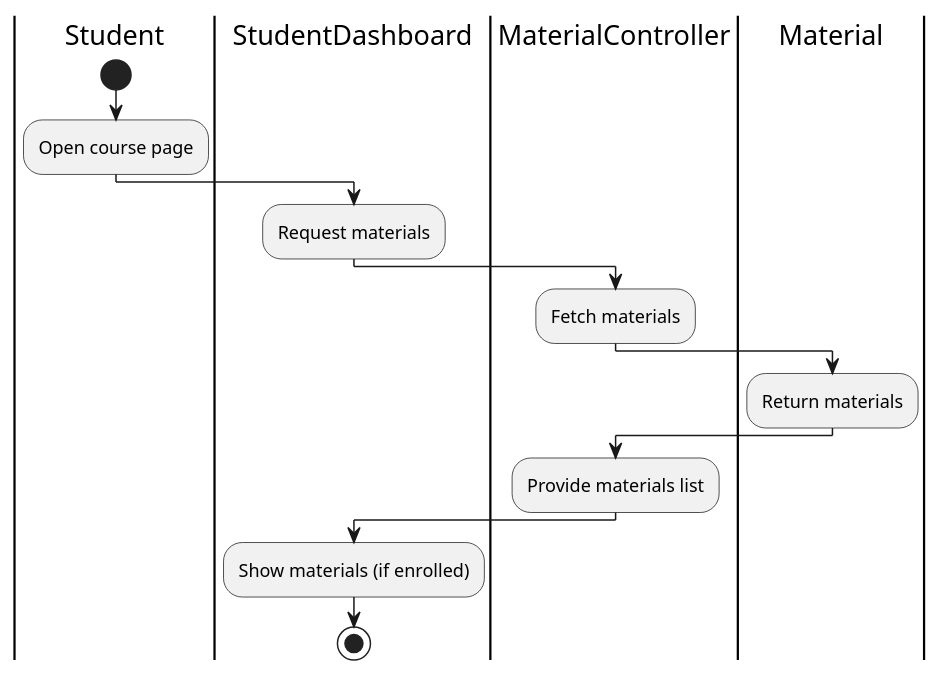
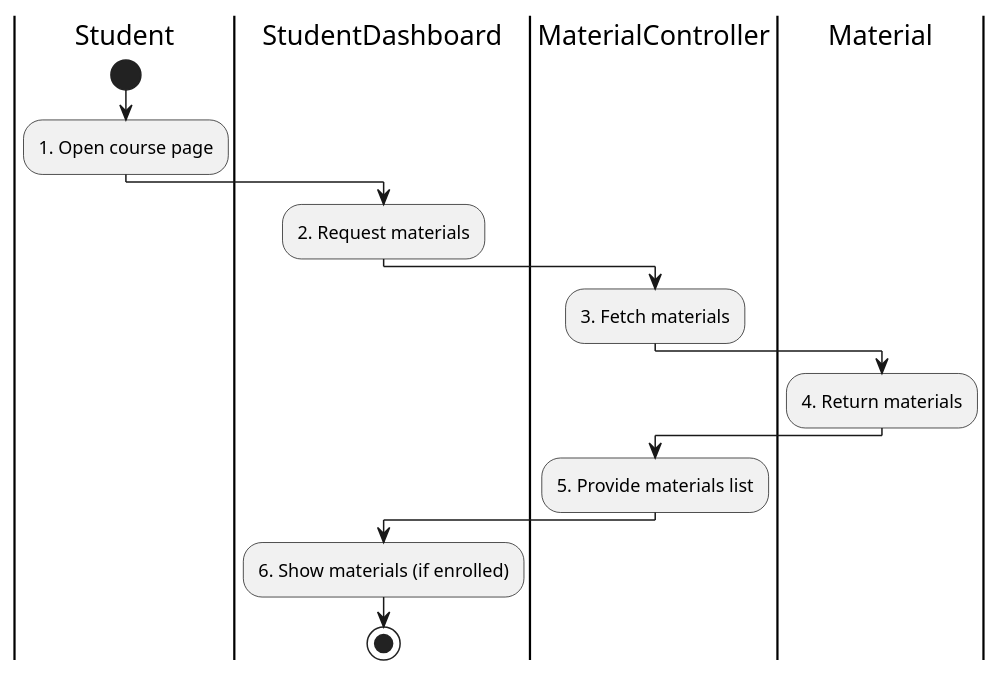
The diagram in docs/2. Diagrams/Activity diagram/11. AccessLearningMaterials/AccessLearningMaterials.pu (Huangphoux/uit-SE357_requirement), drawn with PlantUML before and after one commit. The commit also changed 85 other files, not shown here.

```diff
--- a/docs/2. Diagrams/Activity diagram/11. AccessLearningMaterials/AccessLearningMaterials.pu
+++ b/docs/2. Diagrams/Activity diagram/11. AccessLearningMaterials/AccessLearningMaterials.pu
@@ -1,16 +1,16 @@
 @startuml AccessLearningMaterials
 |Student|
 start
-:Open course page;
+:1. Open course page;
 |StudentDashboard|
-:Request materials;
+:2. Request materials;
 |MaterialController|
-:Fetch materials;
+:3. Fetch materials;
 |Material|
-:Return materials;
+:4. Return materials;
 |MaterialController|
-:Provide materials list;
+:5. Provide materials list;
 |StudentDashboard|
-:Show materials (if enrolled);
+:6. Show materials (if enrolled);
 stop
 @enduml
```
